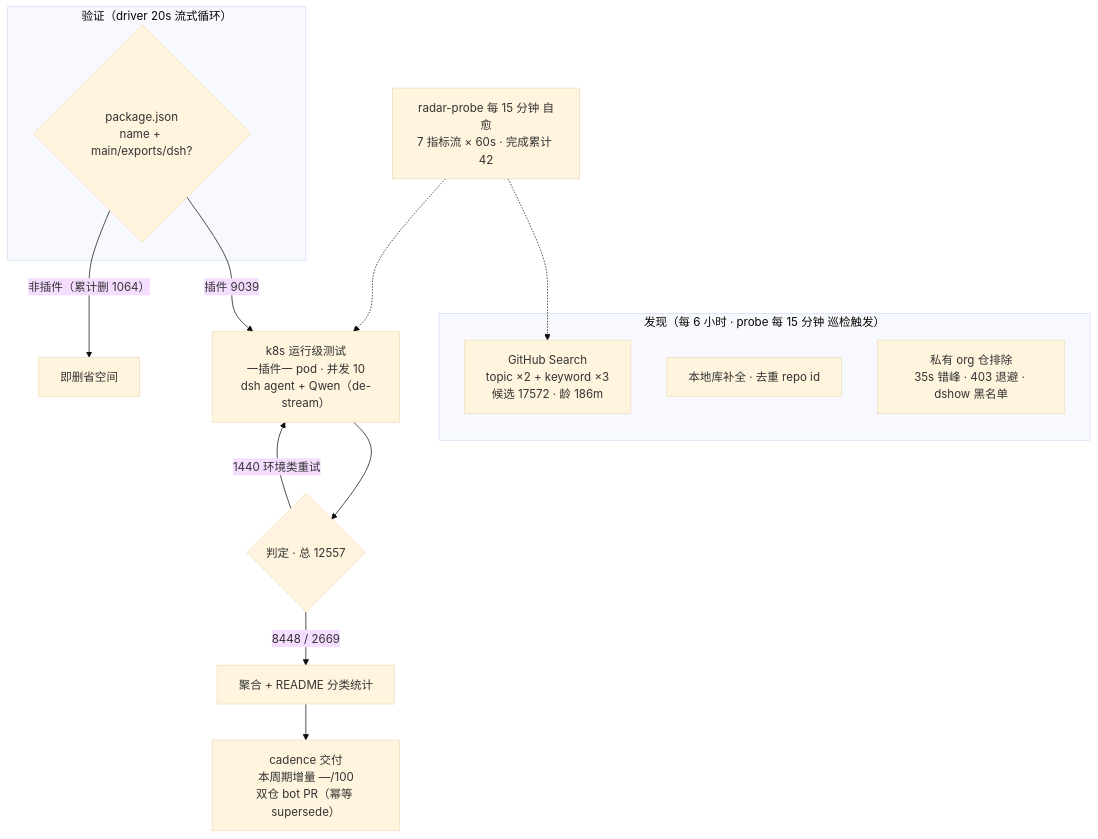
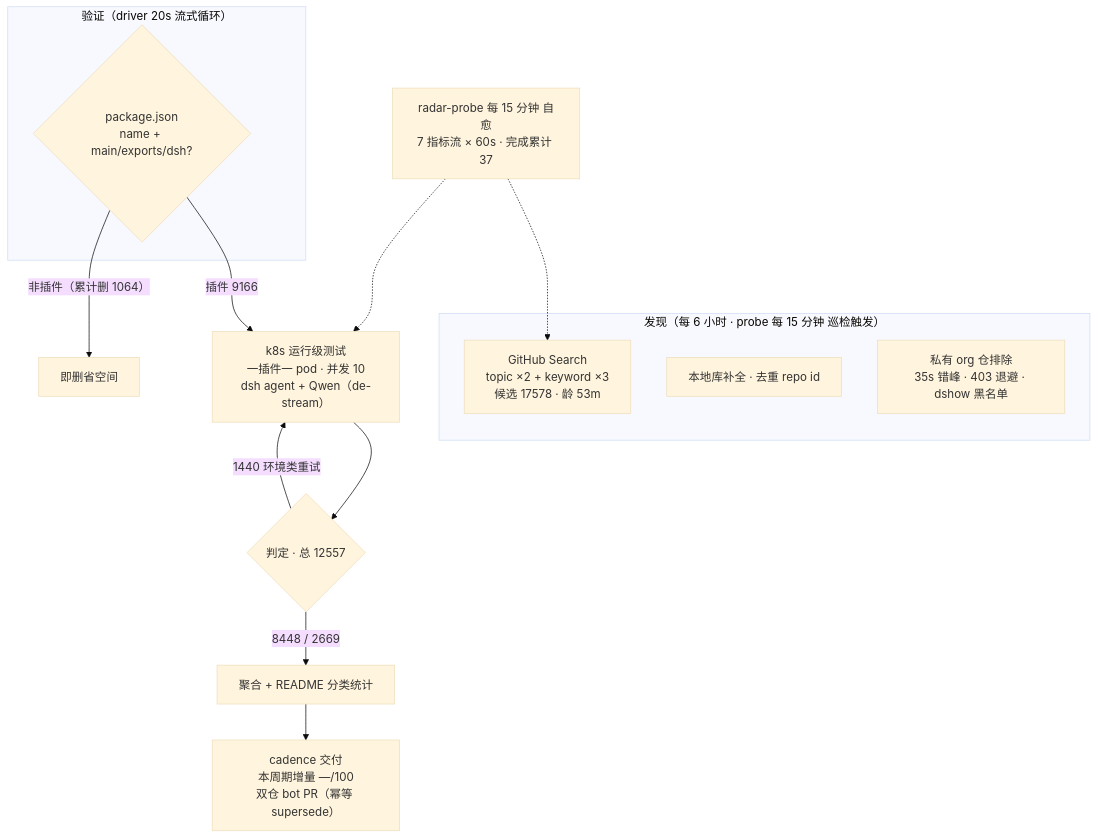
One commit to Zhidao-Lab-OSS/awesome-dsh-plugins changed the diagram in README.md. Above: the diagram before and after it, drawn with Mermaid (base theme). The commit also changed other lines of this file and 1 other file, not shown here.

````diff
--- a/README.md
+++ b/README.md
@@ -52,20 +52,20 @@
 ```mermaid
 flowchart TB
     subgraph Discovery["发现（每 6 小时 · probe 每 15 分钟 巡检触发）"]
-        A1["GitHub Search<br/>topic ×2 + keyword ×3<br/>候选 17572 · 龄 186m"]
+        A1["GitHub Search<br/>topic ×2 + keyword ×3<br/>候选 17578 · 龄 53m"]
         A2["本地库补全 · 去重 repo id"]
         A3["私有 org 仓排除<br/>35s 错峰 · 403 退避 · dshow 黑名单"]
     end
     subgraph Validation["验证（driver 20s 流式循环）"]
         B1{"package.json<br/>name + main/exports/dsh?"}
     end
-    B1 -->|"插件 9039"| C1["k8s 运行级测试<br/>一插件一 pod · 并发 10<br/>dsh agent + Qwen（de-stream）"]
+    B1 -->|"插件 9166"| C1["k8s 运行级测试<br/>一插件一 pod · 并发 10<br/>dsh agent + Qwen（de-stream）"]
     B1 -->|"非插件（累计删 1064）"| B3["即删省空间"]
     C1 --> D1{"判定 · 总 12557"}
     D1 -->|"8448 / 2669"| E1["聚合 + README 分类统计"]
     D1 -->|"1440 环境类重试"| C1
     E1 --> E2["cadence 交付<br/>本周期增量 —/100<br/>双仓 bot PR（幂等 supersede）"]
-    M["radar-probe 每 15 分钟 自愈<br/>7 指标流 × 60s · 完成累计 42"]
+    M["radar-probe 每 15 分钟 自愈<br/>7 指标流 × 60s · 完成累计 37"]
     M -.-> A1
     M -.-> C1
 ```
````
